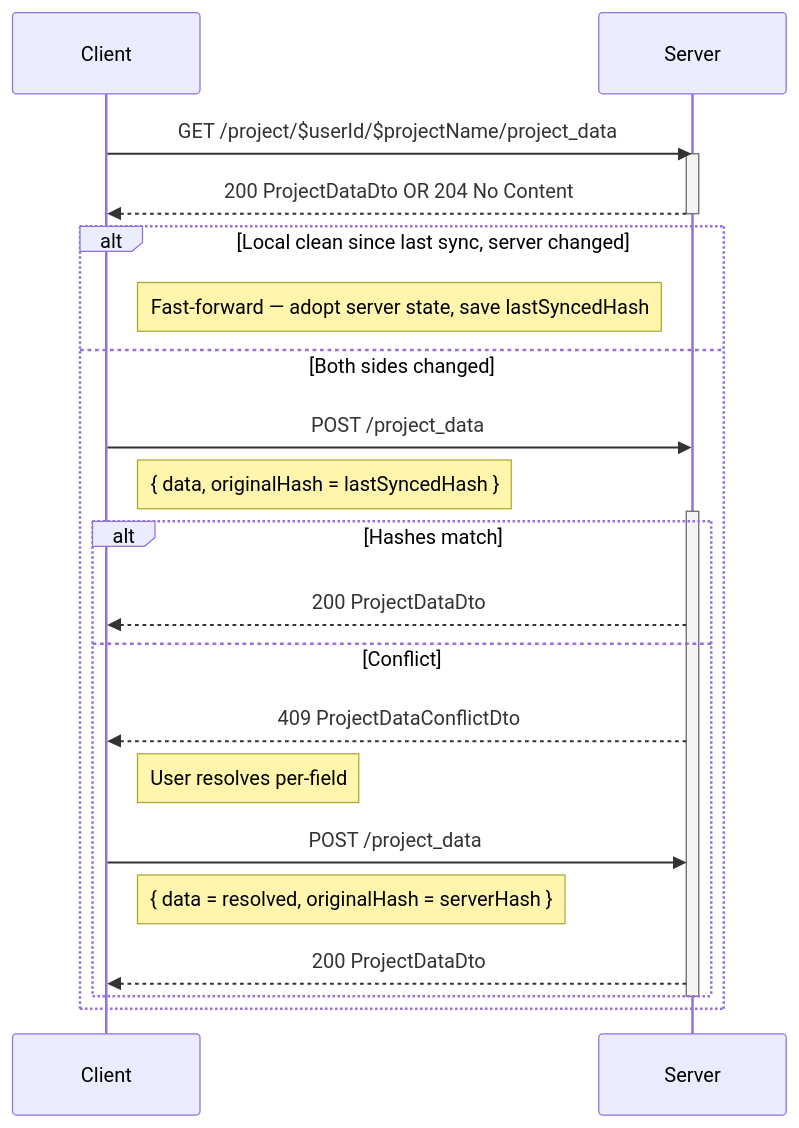
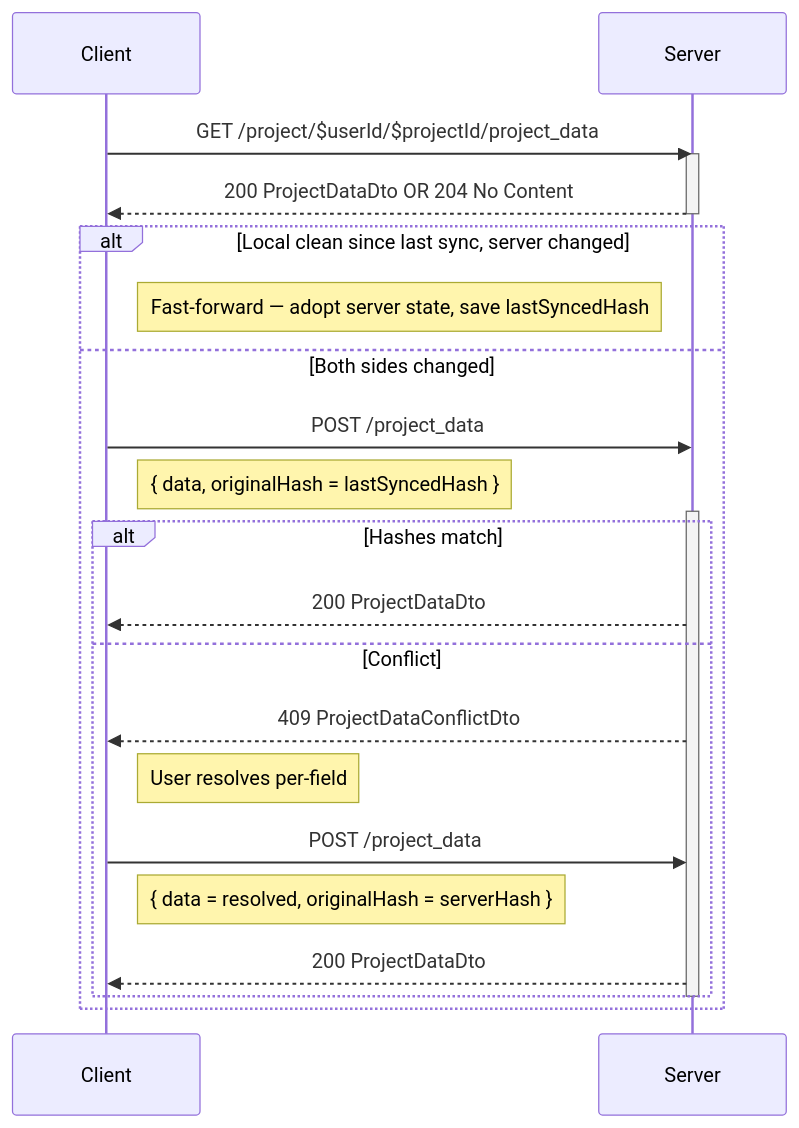
The eighth of 10 diagrams in docs/SYNCING-PROTOCOL.md (Darkrock-Studios/hammer-editor), drawn with Mermaid before and after one commit. The commit also changed other lines of this file and 33 other files, not shown here.

````diff
--- a/docs/SYNCING-PROTOCOL.md
+++ b/docs/SYNCING-PROTOCOL.md
@@ -375,28 +375,28 @@
 ```mermaid
 sequenceDiagram
     participant Client
     participant Server
 
-    Client->>Server: GET /project/$userId/$projectName/project_data
+    Client->>Server: GET /project/$userId/$projectId/project_data
     activate Server
     Server -->> Client: 200 ProjectDataDto OR 204 No Content
     deactivate Server
 
     alt Local clean since last sync, server changed
         Note right of Client: Fast-forward — adopt server state, save lastSyncedHash
     else Both sides changed
         Client->>Server: POST /project_data
         Note right of Client: { data, originalHash = lastSyncedHash }
         activate Server
         alt Hashes match
             Server -->> Client: 200 ProjectDataDto
         else Conflict
             Server -->> Client: 409 ProjectDataConflictDto
             Note right of Client: User resolves per-field
             Client->>Server: POST /project_data
             Note right of Client: { data = resolved, originalHash = serverHash }
             Server -->> Client: 200 ProjectDataDto
         end
         deactivate Server
     end
 ```
````
